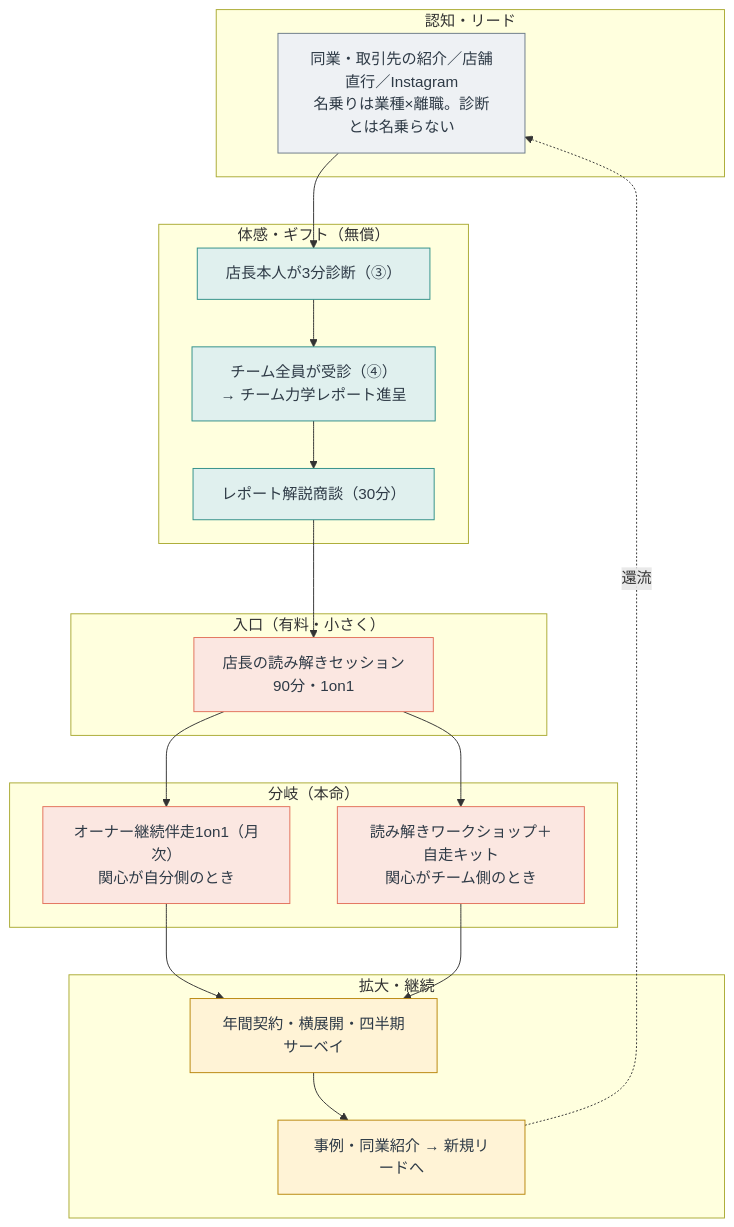
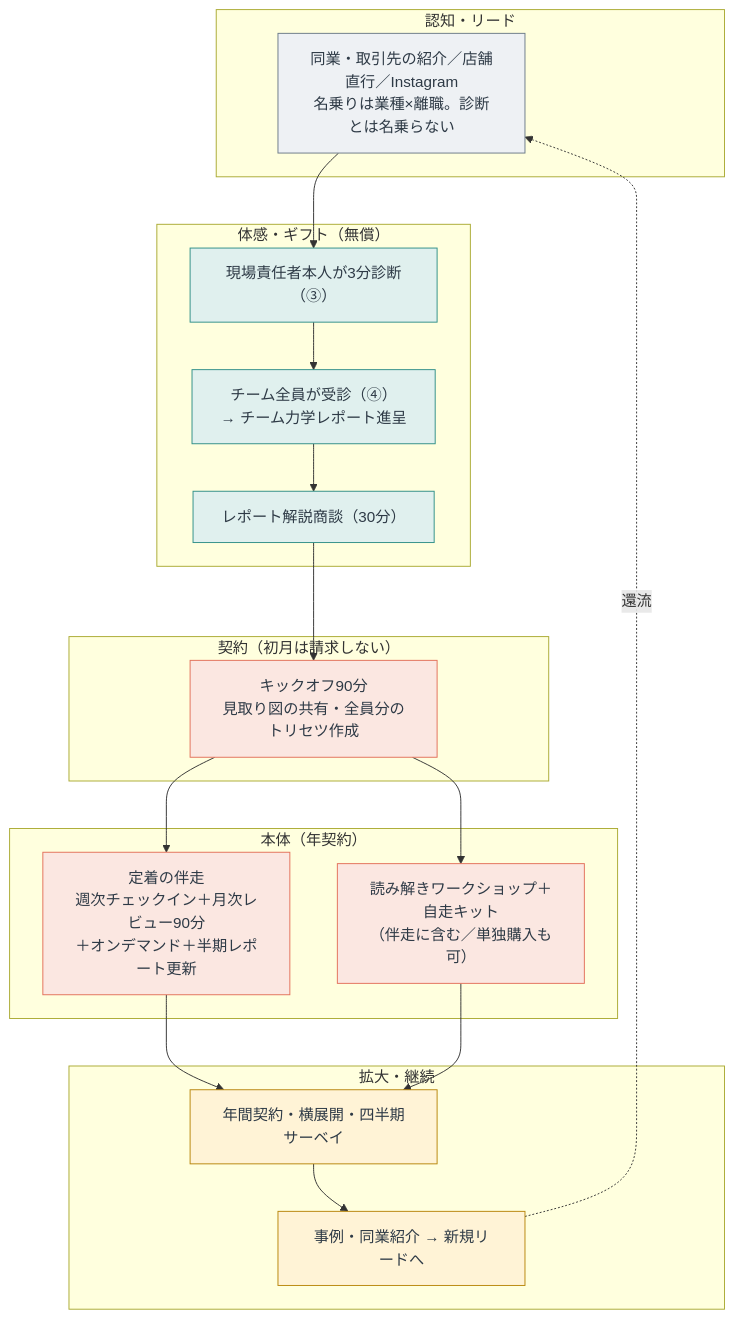
One commit to yuki-b4/work-relation-quiz changed the second of 4 diagrams in ファネル図.md. Above: the diagram before and after it, drawn with Mermaid. The commit also changed other lines of this file and 2 other files, not shown here.

````diff
--- a/ファネル図.md
+++ b/ファネル図.md
@@ -71,36 +71,36 @@
 ```mermaid
 flowchart TD
   subgraph BACQ["認知・リード"]
     B1["同業・取引先の紹介／店舗直行／Instagram<br/>名乗りは業種×離職。診断とは名乗らない"]
   end
   subgraph BCON["体感・ギフト（無償）"]
-    B2["店長本人が3分診断（③）"]
+    B2["現場責任者本人が3分診断（③）"]
     B3["チーム全員が受診（④）<br/>→ チーム力学レポート進呈"]
     B4["レポート解説商談（30分）"]
   end
-  subgraph BLAND["入口（有料・小さく）"]
-    B5["店長の読み解きセッション<br/>90分・1on1"]
+  subgraph BLAND["契約（初月は請求しない）"]
+    B5["キックオフ90分<br/>見取り図の共有・全員分のトリセツ作成"]
   end
-  subgraph BPREM["分岐（本命）"]
-    B6["オーナー継続伴走1on1（月次）<br/>関心が自分側のとき"]
-    B7["読み解きワークショップ＋自走キット<br/>関心がチーム側のとき"]
+  subgraph BPREM["本体（年契約）"]
+    B6["定着の伴走<br/>週次チェックイン＋月次レビュー90分<br/>＋オンデマンド＋半期レポート更新"]
+    B7["読み解きワークショップ＋自走キット<br/>（伴走に含む／単独購入も可）"]
   end
   subgraph BEXP["拡大・継続"]
     B8["年間契約・横展開・四半期サーベイ"]
     B9["事例・同業紹介 → 新規リードへ"]
   end
 
   B1 --> B2 --> B3 --> B4 --> B5
   B5 --> B6
   B5 --> B7
   B6 --> B8
   B7 --> B8
   B8 --> B9
   B9 -.->|"還流"| B1
 
   classDef acq fill:#EEF1F4,stroke:#6B7A87,color:#2E3A46;
   classDef con fill:#E0F0EE,stroke:#2F8F88,color:#2E3A46;
   classDef prem fill:#FBE7E1,stroke:#E2705A,color:#2E3A46;
   classDef exp fill:#FFF3D6,stroke:#B8860B,color:#2E3A46;
   class B1 acq; class B2,B3,B4 con; class B5,B6,B7 prem; class B8,B9 exp;
 ```
````
